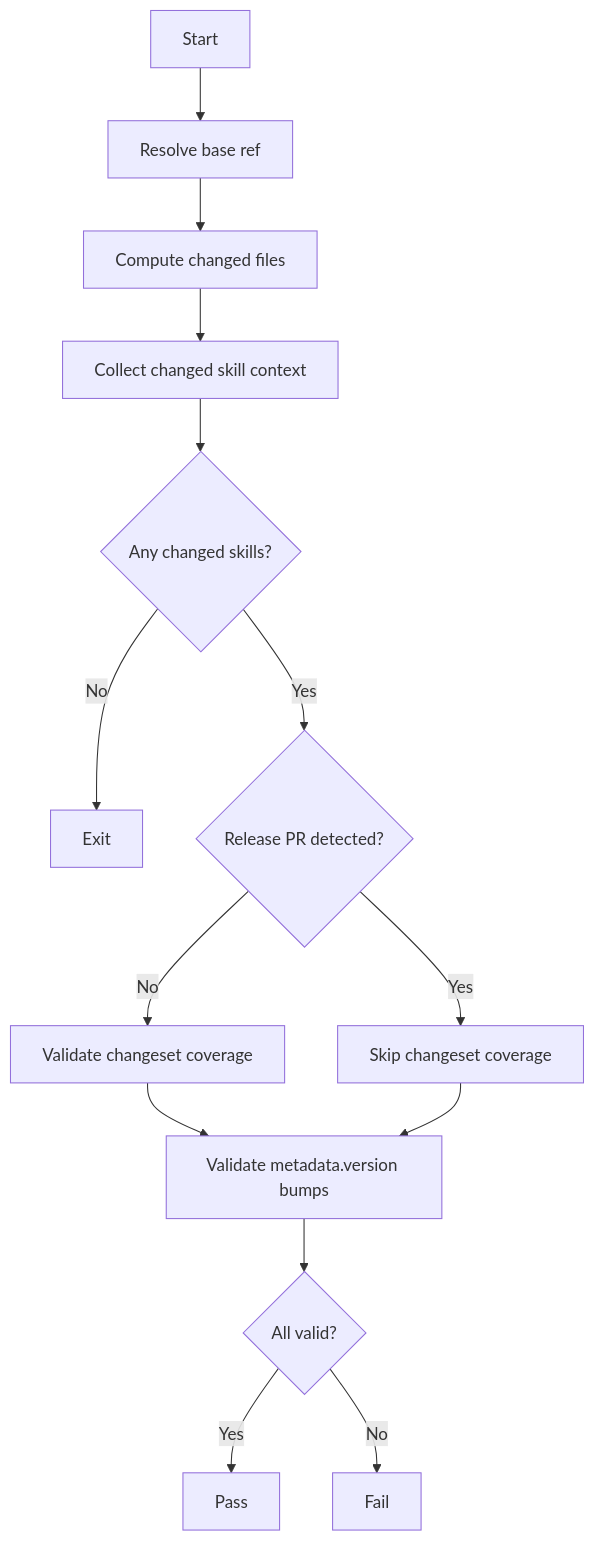
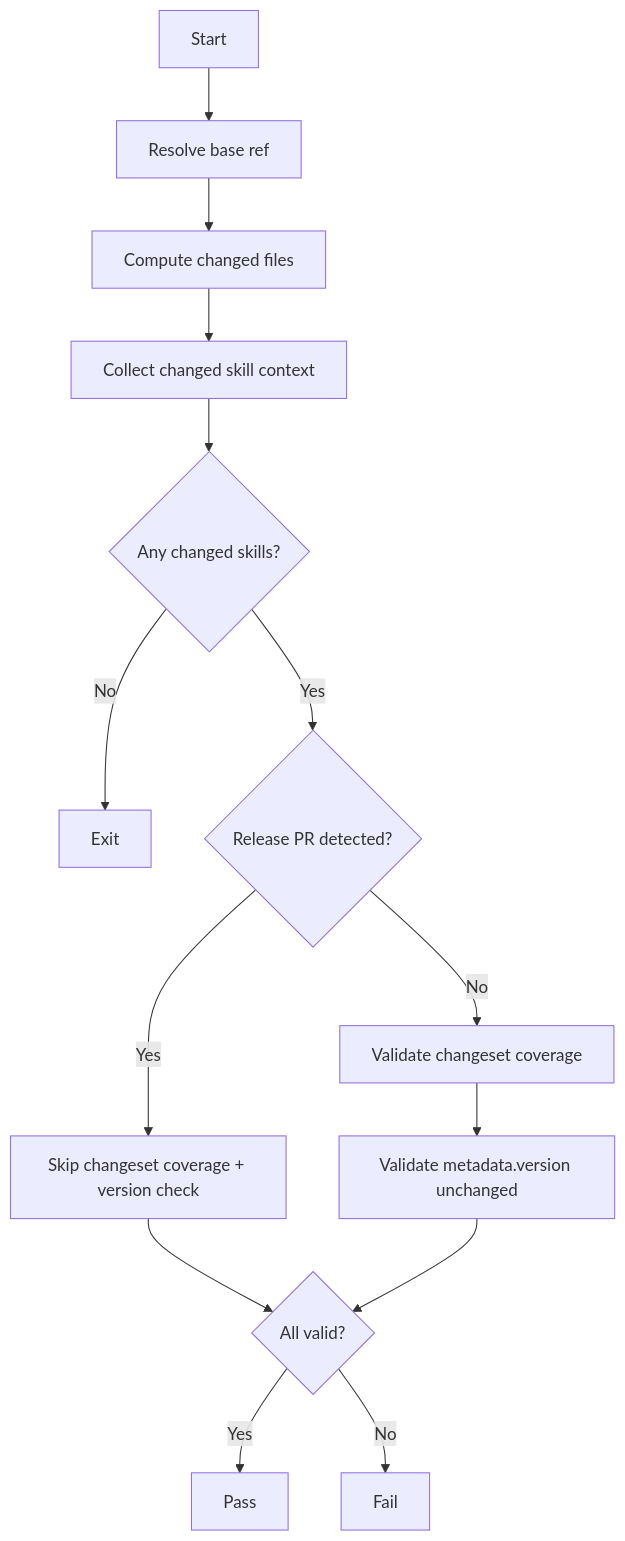
One commit to equinor/fusion-skills changed the diagram in scripts/validate-pr/README.md. Above: the diagram before and after it, drawn with Mermaid. The commit also changed other lines of this file and 28 other files, not shown here.

````diff
--- a/scripts/validate-pr/README.md
+++ b/scripts/validate-pr/README.md
@@ -11,16 +11,16 @@
 ```mermaid
 flowchart TD
   A[Start] --> B[Resolve base ref]
   B --> C[Compute changed files]
   C --> D[Collect changed skill context]
   D --> E{Any changed skills?}
   E -- No --> F[Exit]
   E -- Yes --> G{Release PR detected?}
   G -- No --> H[Validate changeset coverage]
-  G -- Yes --> I[Skip changeset coverage]
-  H --> J[Validate metadata.version bumps]
-  I --> J
-  J --> K{All valid?}
+  G -- Yes --> I[Skip changeset coverage + version check]
+  H --> J[Validate metadata.version unchanged]
+  I --> K{All valid?}
+  J --> K
   K -- Yes --> L[Pass]
   K -- No --> M[Fail]
 ```
````
